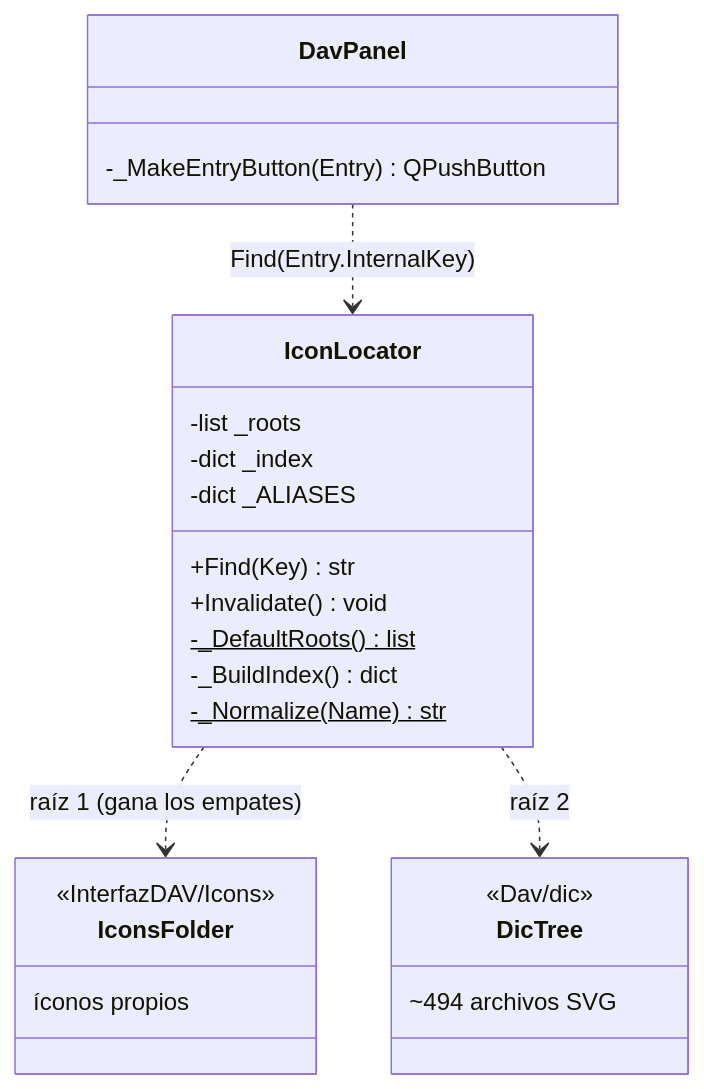
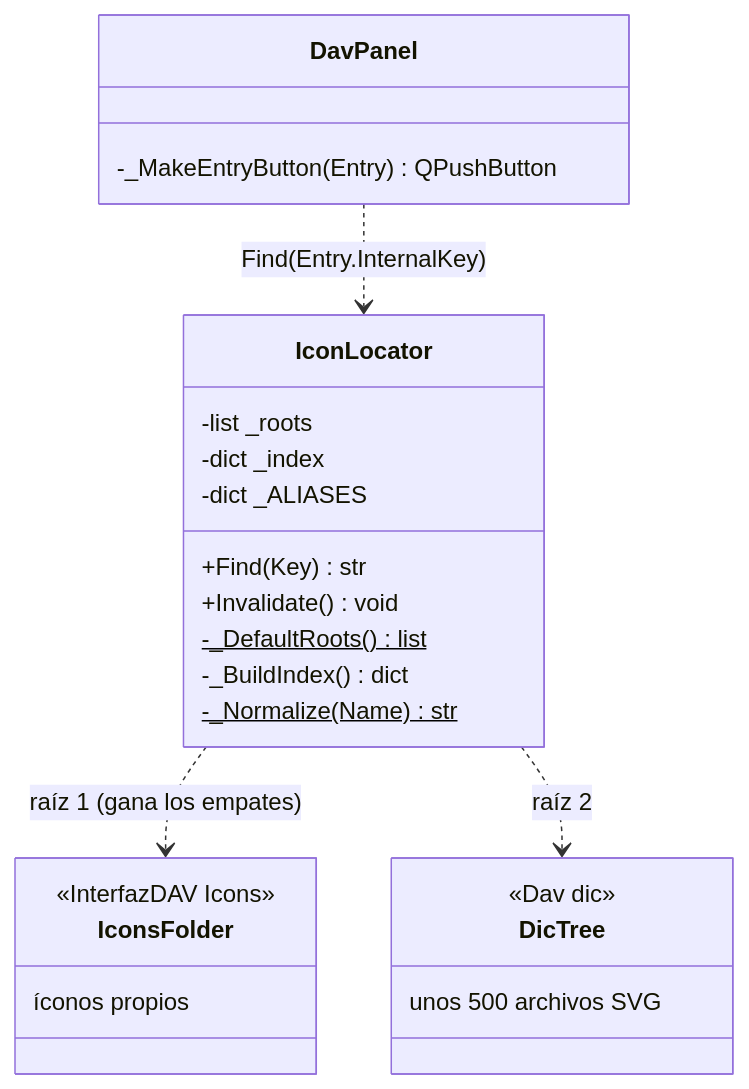
One commit to DAv-Project-Team-UADER/DAV changed the first of 2 diagrams in Dav/docs/diagramas/IconLocator.md. Above: the diagram before and after it, drawn with Mermaid. The commit also changed 12 other files, not shown here.

First line of the commit message:
Docs: revamp dic/CONTEXT and fix diagrams

````diff
--- a/Dav/docs/diagramas/IconLocator.md
+++ b/Dav/docs/diagramas/IconLocator.md
@@ -10,31 +10,31 @@
 ```mermaid
 classDiagram
     class IconLocator {
         -list _roots
         -dict _index
         -dict _ALIASES
         +Find(Key) str
         +Invalidate() void
         -_DefaultRoots()$ list
         -_BuildIndex() dict
         -_Normalize(Name)$ str
     }
 
     class DavPanel {
         -_MakeEntryButton(Entry) QPushButton
     }
 
     class IconsFolder {
-        <<InterfazDAV/Icons>>
+        <<InterfazDAV Icons>>
         íconos propios
     }
 
     class DicTree {
-        <<Dav/dic>>
-        ~494 archivos SVG
+        <<Dav dic>>
+        unos 500 archivos SVG
     }
 
     DavPanel ..> IconLocator : Find(Entry.InternalKey)
     IconLocator ..> IconsFolder : raíz 1 (gana los empates)
     IconLocator ..> DicTree : raíz 2
 ```
````
